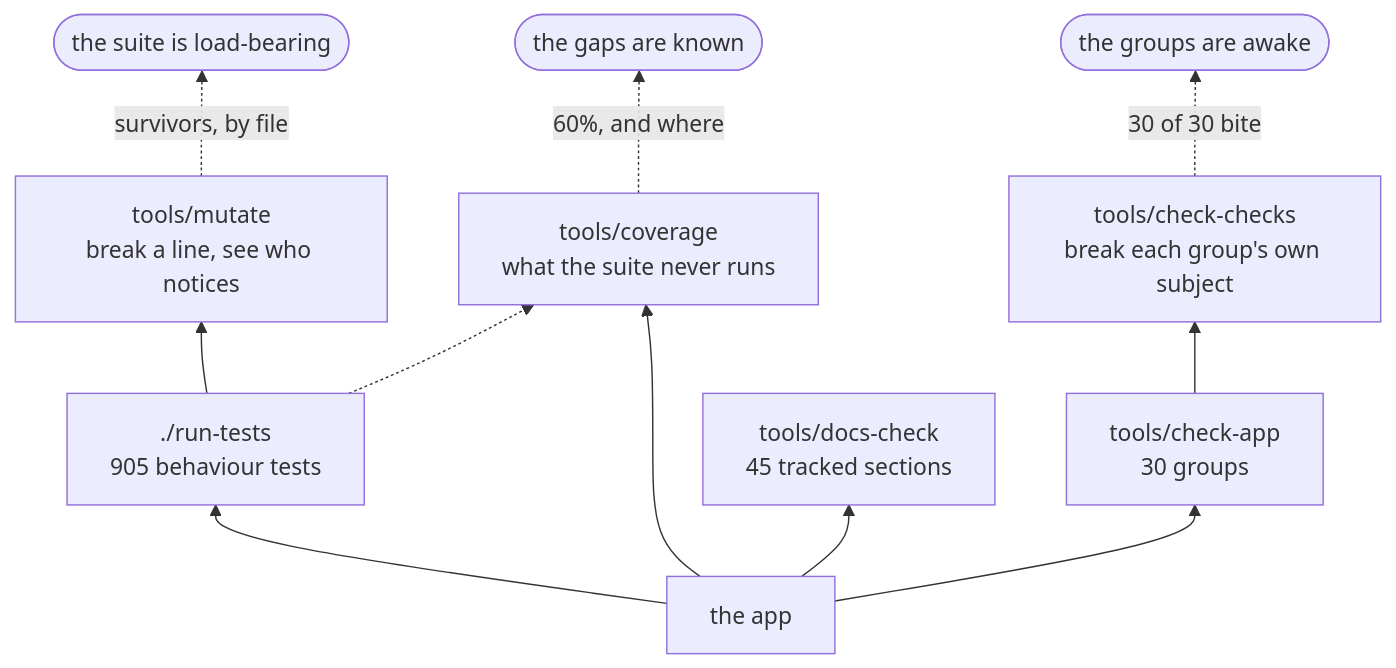
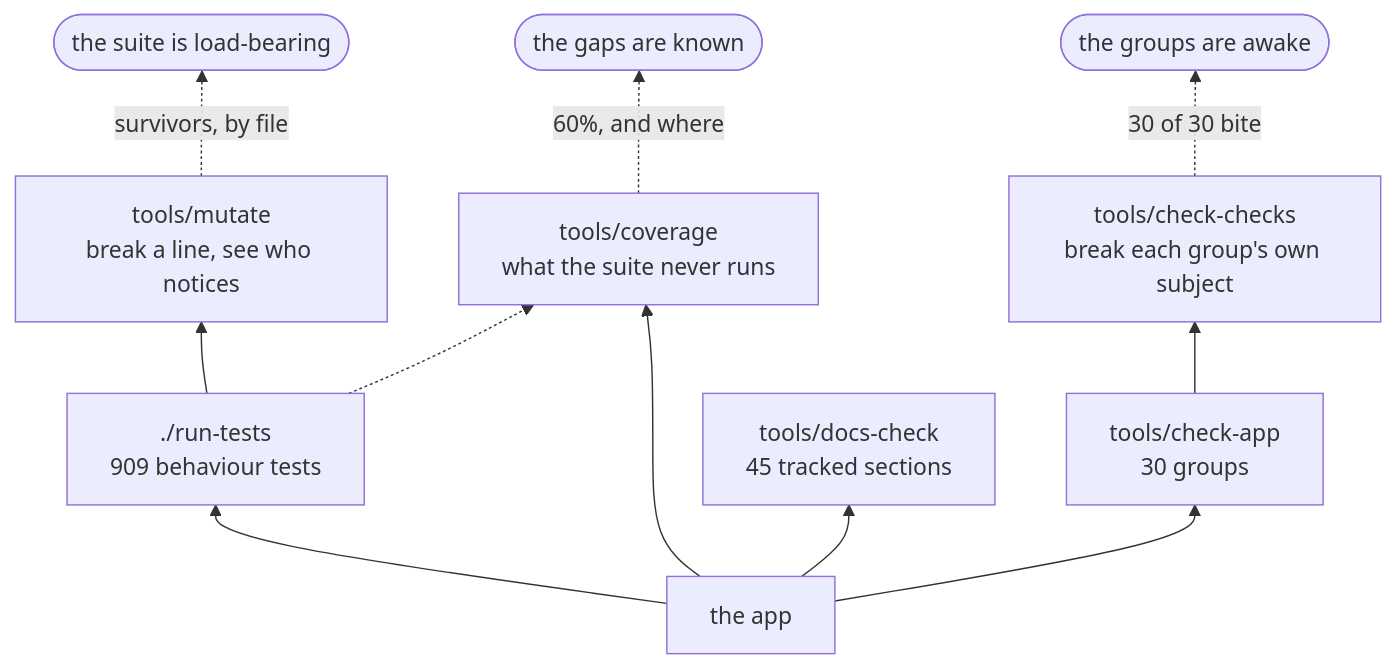
One commit to minormending/crystal-pilot-mobile changed the second of 3 diagrams in docs/DEVELOPING.md. Above: the diagram before and after it, drawn with Mermaid. The commit also changed other lines of this file and 2 other files, not shown here.

````diff
--- a/docs/DEVELOPING.md
+++ b/docs/DEVELOPING.md
@@ -128,13 +128,13 @@
 ```mermaid
 flowchart BT
-    C["the app"] --> T["./run-tests<br/>905 behaviour tests"]
+    C["the app"] --> T["./run-tests<br/>909 behaviour tests"]
     C --> A["tools/check-app<br/>30 groups"]
     C --> D["tools/docs-check<br/>45 tracked sections"]
     C --> V["tools/coverage<br/>what the suite never runs"]
     T --> M["tools/mutate<br/>break a line, see who notices"]
     A --> K["tools/check-checks<br/>break each group's own subject"]
     T -.-> V
     M -.->|"survivors, by file"| R(["the suite is load-bearing"])
     K -.->|"30 of 30 bite"| R2(["the groups are awake"])
     V -.->|"60%, and where"| R3(["the gaps are known"])
 ```
````
